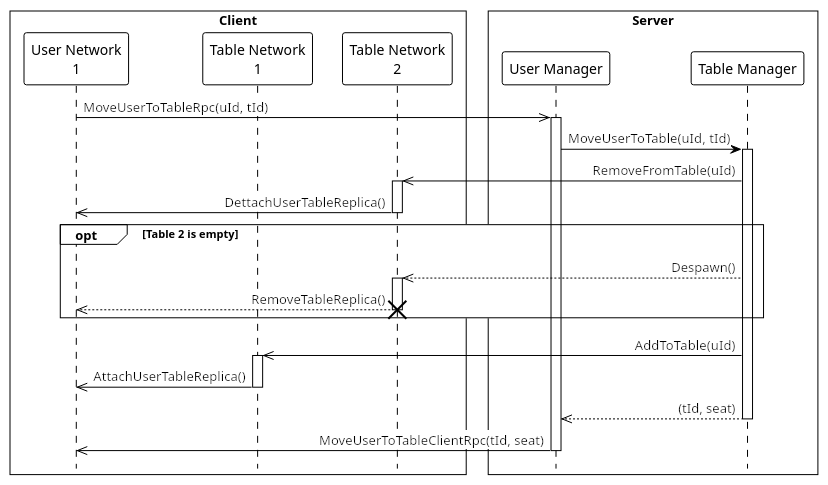
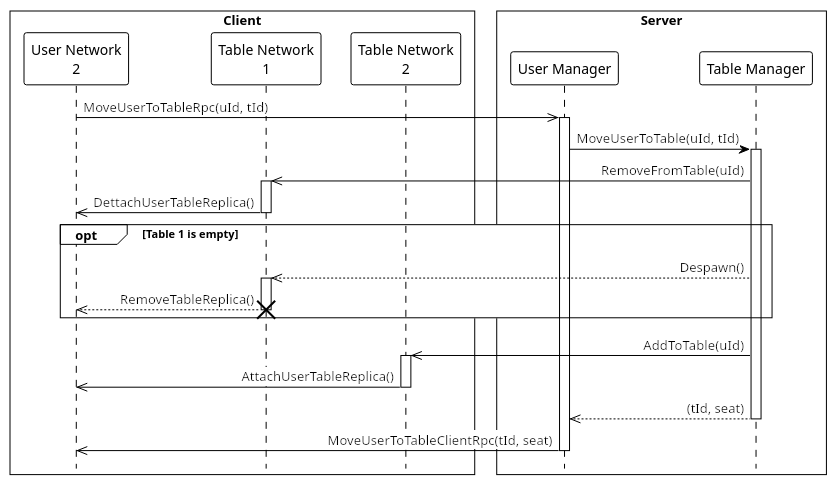
Before and after one commit to Homailot/replico: the diagram in Documentation/diagrams/src/table_join.puml, drawn with PlantUML. The commit also changed 5 other files, not shown here.

```diff
--- a/Documentation/diagrams/src/table_join.puml
+++ b/Documentation/diagrams/src/table_join.puml
@@ -1,32 +1,32 @@
 @startuml table_join
 hide footbox
 !theme plain
 !pragma teoz true
 skinparam sequenceMessageAlign direction
 skinparam lifelineStrategy dashed
 
 box Client
-    participant "User Network\n1" as User1
+    participant "User Network\n2" as User1
     participant "Table Network\n1" as Table1
     participant "Table Network\n2" as Table2
 end box
 
 Box Server
     participant "User Manager" as UserM
     participant "Table Manager" as TableM
 end box
 
 User1->>UserM ++:<back:#FFFFFF>MoveUserToTableRpc(uId, tId)
 UserM->TableM ++:<back:#FFFFFF>MoveUserToTable(uId, tId)
-TableM->>Table2 ++:<back:#FFFFFF>RemoveFromTable(uId)
-Table2->>User1 --:<back:#ffffff>DettachUserTableReplica()
-opt Table 2 is empty
-    TableM-->>Table2 ++:<back:#FFFFFF>Despawn()
-    Table2-->>User1:<back:#ffffff>RemoveTableReplica()
-    destroy Table2
+TableM->>Table1 ++:<back:#FFFFFF>RemoveFromTable(uId)
+Table1->>User1 --:<back:#ffffff>DettachUserTableReplica()
+opt Table 1 is empty
+    TableM-->>Table1 ++:<back:#FFFFFF>Despawn()
+    Table1-->>User1:<back:#ffffff>RemoveTableReplica()
+    destroy Table1
 end
-TableM->>Table1 ++:<back:#FFFFFF>AddToTable(uId)
-Table1->>User1 --:<back:#ffffff>AttachUserTableReplica()
+TableM->>Table2 ++:<back:#FFFFFF>AddToTable(uId)
+Table2->>User1 --:<back:#ffffff>AttachUserTableReplica()
 TableM-->>UserM --:<back:#ffffff>(tId, seat)
 UserM->>User1 --:<back:#ffffff>MoveUserToTableClientRpc(tId, seat)
 @enduml
```
